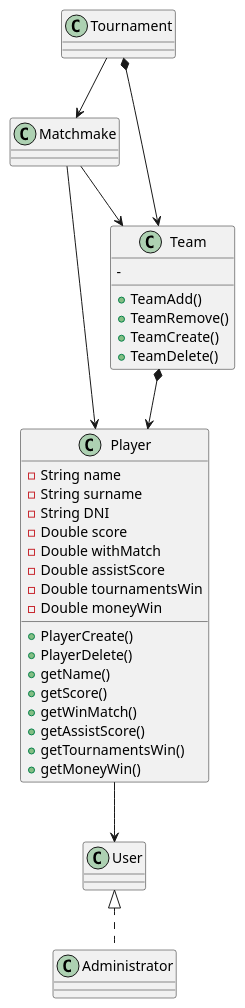
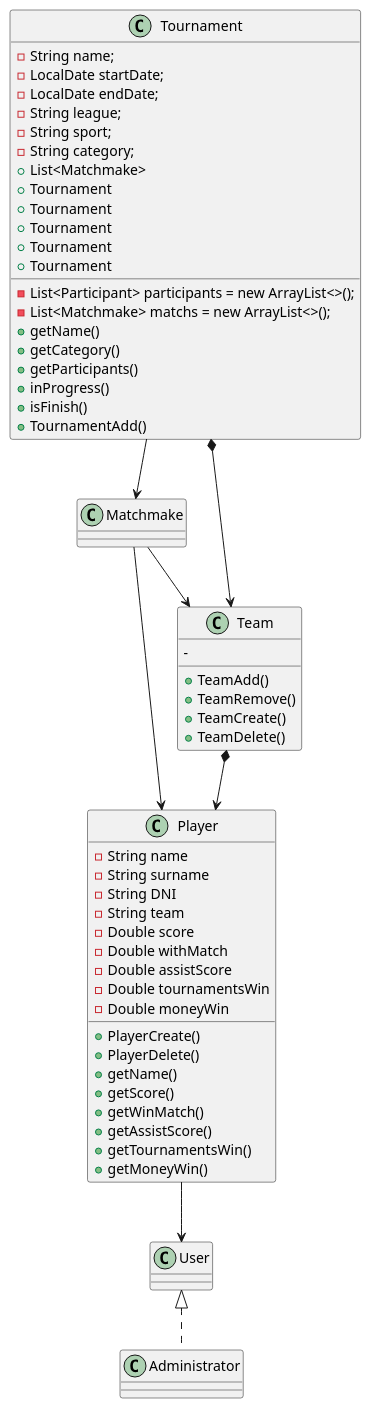
Before and after one commit to CarrotAsh/SportsManagement: the diagram in src/Class Diagram.puml, drawn with PlantUML. The commit also changed 1 other file, not shown here.

```diff
--- a/src/Class Diagram.puml
+++ b/src/Class Diagram.puml
@@ -1,58 +1,77 @@
 @startuml
 
 class Tournament{
-
-
+    - String name;
+    - LocalDate startDate;
+    - LocalDate endDate;
+    - String league;
+    - String sport;
+    - String category;
+    - List<Participant> participants = new ArrayList<>();
+    - List<Matchmake> matchs = new ArrayList<>();
+    + getName()
+    + getCategory()
+    + getParticipants()
+    + List<Matchmake>
+    + inProgress()
+    + isFinish()
+    + TournamentAdd()
+    + Tournament
+    + Tournament
+    + Tournament
+    + Tournament
+    + Tournament
 }
 
 class Player{
+   - String name
+   - String surname
+   - String DNI
+   - String team
+   - Double score
+   - Double withMatch
+   - Double assistScore
+   - Double tournamentsWin
+   - Double moneyWin
    + PlayerCreate()
    + PlayerDelete()
    + getName()
    + getScore()
    + getWinMatch()
    + getAssistScore()
    + getTournamentsWin()
    + getMoneyWin()
-   - String name
-   - String surname
-   - String DNI
-   - Double score
-   - Double withMatch
-   - Double assistScore
-   - Double tournamentsWin
-   - Double moneyWin
 }
 
 class Matchmake{
 
 
 }
 
 class Team{
     + TeamAdd()
     + TeamRemove()
     + TeamCreate()
     + TeamDelete()
     -
 }
 
 class User{
 
 
 }
 
 class Administrator{
 
 
 }
 
 Tournament *-down-> Team
 Team *-down-> Player
 Player -down-> User
 Tournament -down-> Matchmake
 Matchmake -down-> Team
 Matchmake -down-> Player
 User <|.down. Administrator
 
 @enduml
```
